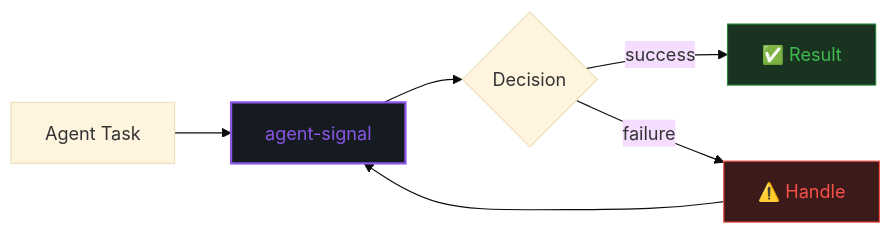
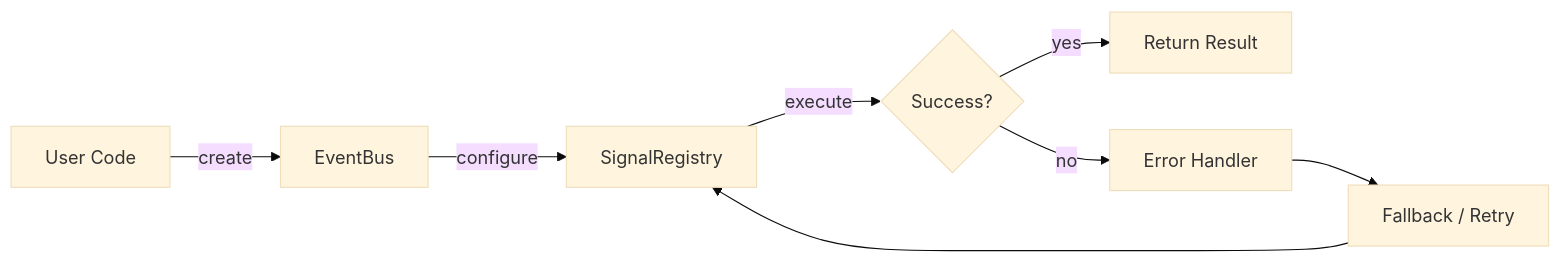
The first of 2 diagrams in README.md (darshjme/agent-signal), drawn with Mermaid (base theme) before and after one commit. The commit also changed other lines of this file and 1 other file, not shown here.

````diff
--- a/README.md
+++ b/README.md
@@ -59,12 +71,10 @@
 ```mermaid
 flowchart LR
-    A[Agent Task] --> B[agent-signal]
-    B --> C{Decision}
-    C -->|success| D[✅ Result]
-    C -->|failure| E[⚠️ Handle]
-    E --> B
-
-    style B fill:#161b22,stroke:#8957e5,stroke-width:2,color:#8957e5
-    style D fill:#1a3320,stroke:#238636,color:#3fb950
-    style E fill:#3d1a1a,stroke:#f85149,color:#f85149
+    A[User Code] -->|create| B[EventBus]
+    B -->|configure| C[SignalRegistry]
+    C -->|execute| D{Success?}
+    D -->|yes| E[Return Result]
+    D -->|no| F[Error Handler]
+    F --> G[Fallback / Retry]
+    G --> C
 ```
````
